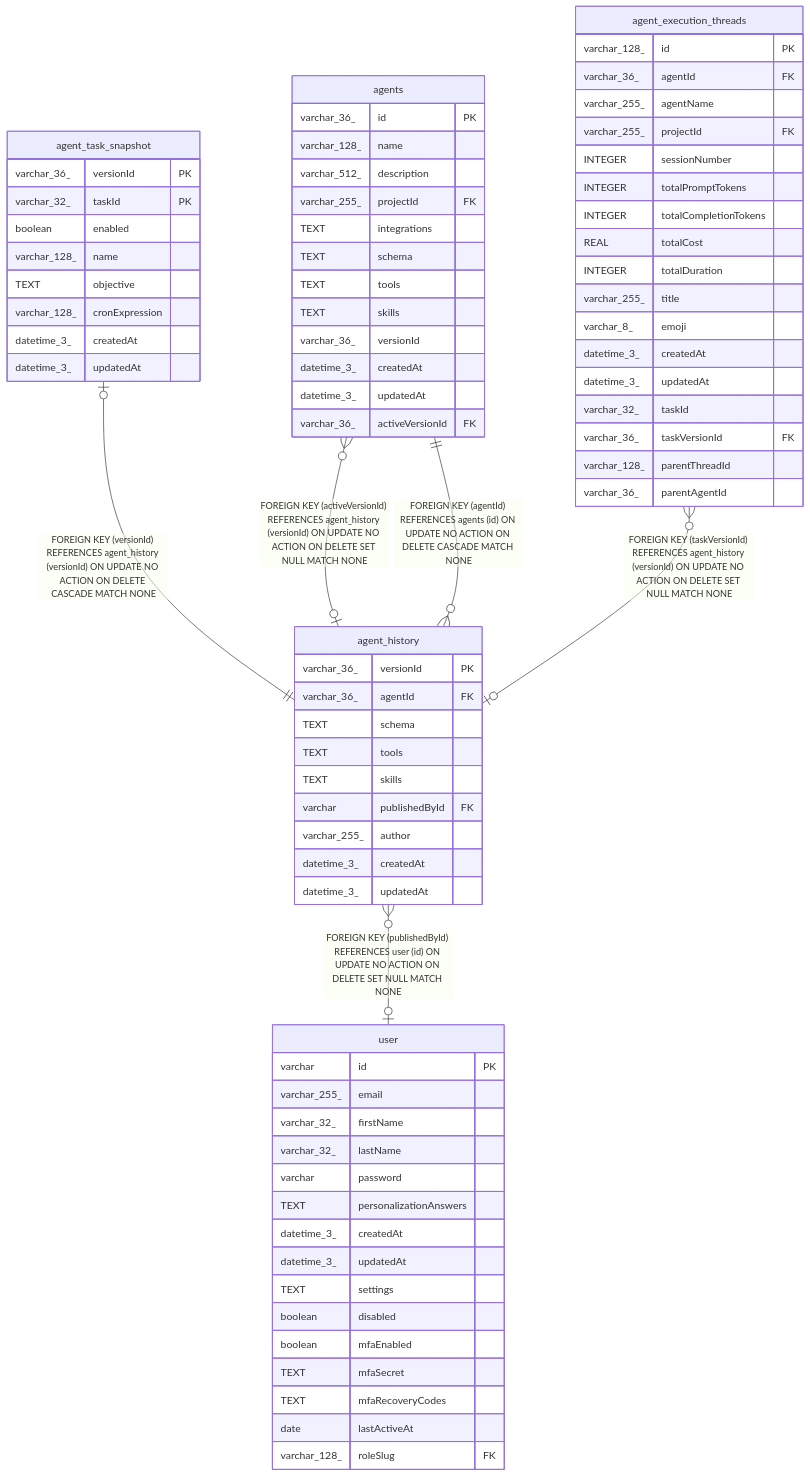
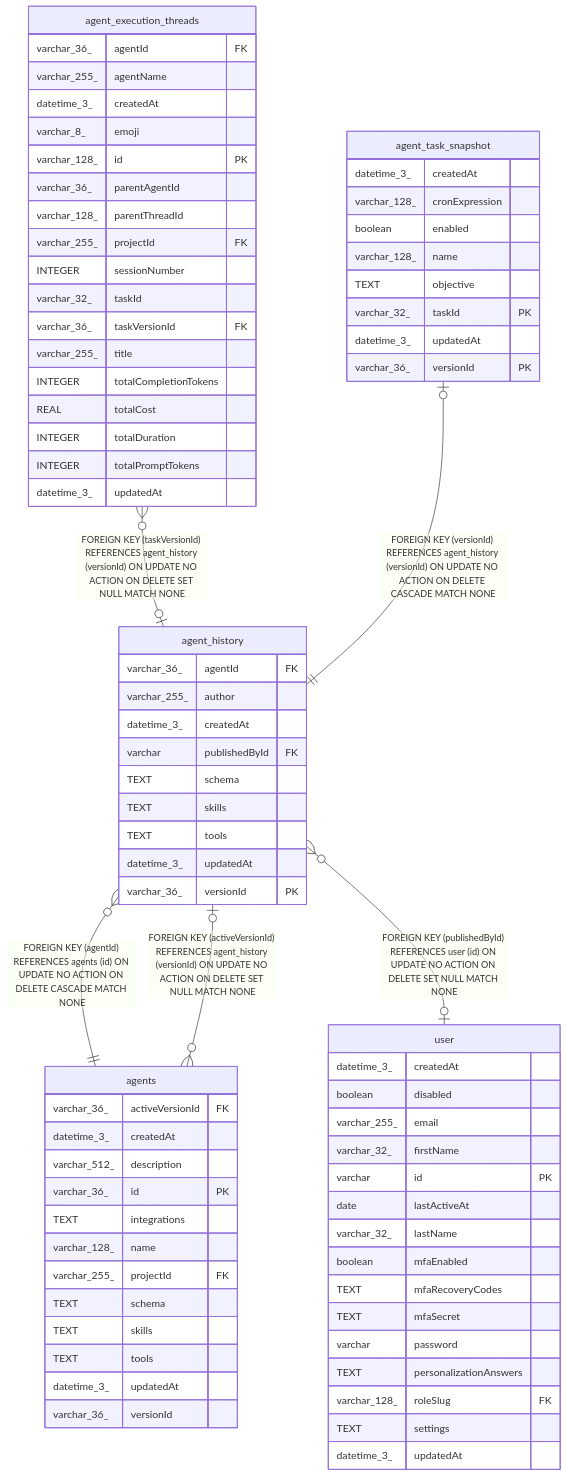
Before and after one commit to mayankjain1815-commits/n8n: the diagram in docs/generated/sqlite-schema/agent_history.md, drawn with Mermaid. The commit also changed other lines of this file and 221 other files, not shown here.

Commit message:
chore(core): Make DB schema docs generation deterministic (#32373)

````diff
--- a/docs/generated/sqlite-schema/agent_history.md
+++ b/docs/generated/sqlite-schema/agent_history.md
@@ -46,81 +46,81 @@
 ```mermaid
 erDiagram
 
-"agents" }o--o| "agent_history" : "FOREIGN KEY (activeVersionId) REFERENCES agent_history (versionId) ON UPDATE NO ACTION ON DELETE SET NULL MATCH NONE"
-"agent_task_snapshot" |o--|| "agent_history" : "FOREIGN KEY (versionId) REFERENCES agent_history (versionId) ON UPDATE NO ACTION ON DELETE CASCADE MATCH NONE"
-"agent_execution_threads" }o--o| "agent_history" : "FOREIGN KEY (taskVersionId) REFERENCES agent_history (versionId) ON UPDATE NO ACTION ON DELETE SET NULL MATCH NONE"
 "agent_history" }o--|| "agents" : "FOREIGN KEY (agentId) REFERENCES agents (id) ON UPDATE NO ACTION ON DELETE CASCADE MATCH NONE"
 "agent_history" }o--o| "user" : "FOREIGN KEY (publishedById) REFERENCES user (id) ON UPDATE NO ACTION ON DELETE SET NULL MATCH NONE"
+"agent_execution_threads" }o--o| "agent_history" : "FOREIGN KEY (taskVersionId) REFERENCES agent_history (versionId) ON UPDATE NO ACTION ON DELETE SET NULL MATCH NONE"
+"agent_task_snapshot" |o--|| "agent_history" : "FOREIGN KEY (versionId) REFERENCES agent_history (versionId) ON UPDATE NO ACTION ON DELETE CASCADE MATCH NONE"
+"agents" }o--o| "agent_history" : "FOREIGN KEY (activeVersionId) REFERENCES agent_history (versionId) ON UPDATE NO ACTION ON DELETE SET NULL MATCH NONE"
 
 "agent_history" {
-  varchar_36_ versionId PK
   varchar_36_ agentId FK
-  TEXT schema
-  TEXT tools
-  TEXT skills
-  varchar publishedById FK
   varchar_255_ author
   datetime_3_ createdAt
+  varchar publishedById FK
+  TEXT schema
+  TEXT skills
+  TEXT tools
+  datetime_3_ updatedAt
+  varchar_36_ versionId PK
+}
+"agents" {
+  varchar_36_ activeVersionId FK
+  datetime_3_ createdAt
+  varchar_512_ description
+  varchar_36_ id PK
+  TEXT integrations
+  varchar_128_ name
+  varchar_255_ projectId FK
+  TEXT schema
+  TEXT skills
+  TEXT tools
+  datetime_3_ updatedAt
+  varchar_36_ versionId
+}
+"user" {
+  datetime_3_ createdAt
+  boolean disabled
+  varchar_255_ email
+  varchar_32_ firstName
+  varchar id PK
+  date lastActiveAt
+  varchar_32_ lastName
+  boolean mfaEnabled
+  TEXT mfaRecoveryCodes
+  TEXT mfaSecret
+  varchar password
+  TEXT personalizationAnswers
+  varchar_128_ roleSlug FK
+  TEXT settings
   datetime_3_ updatedAt
 }
-"agents" {
-  varchar_36_ id PK
-  varchar_128_ name
-  varchar_512_ description
+"agent_execution_threads" {
+  varchar_36_ agentId FK
+  varchar_255_ agentName
+  datetime_3_ createdAt
+  varchar_8_ emoji
+  varchar_128_ id PK
+  varchar_36_ parentAgentId
+  varchar_128_ parentThreadId
   varchar_255_ projectId FK
-  TEXT integrations
-  TEXT schema
-  TEXT tools
-  TEXT skills
-  varchar_36_ versionId
-  datetime_3_ createdAt
+  INTEGER sessionNumber
+  varchar_32_ taskId
+  varchar_36_ taskVersionId FK
+  varchar_255_ title
+  INTEGER totalCompletionTokens
+  REAL totalCost
+  INTEGER totalDuration
+  INTEGER totalPromptTokens
   datetime_3_ updatedAt
-  varchar_36_ activeVersionId FK
 }
 "agent_task_snapshot" {
-  varchar_36_ versionId PK
-  varchar_32_ taskId PK
+  datetime_3_ createdAt
+  varchar_128_ cronExpression
   boolean enabled
   varchar_128_ name
   TEXT objective
-  varchar_128_ cronExpression
-  datetime_3_ createdAt
+  varchar_32_ taskId PK
   datetime_3_ updatedAt
-}
-"agent_execution_threads" {
-  varchar_128_ id PK
-  varchar_36_ agentId FK
-  varchar_255_ agentName
-  varchar_255_ projectId FK
-  INTEGER sessionNumber
-  INTEGER totalPromptTokens
-  INTEGER totalCompletionTokens
-  REAL totalCost
-  INTEGER totalDuration
-  varchar_255_ title
-  varchar_8_ emoji
-  datetime_3_ createdAt
-  datetime_3_ updatedAt
-  varchar_32_ taskId
-  varchar_36_ taskVersionId FK
-  varchar_128_ parentThreadId
-  varchar_36_ parentAgentId
-}
-"user" {
-  varchar id PK
-  varchar_255_ email
-  varchar_32_ firstName
-  varchar_32_ lastName
-  varchar password
-  TEXT personalizationAnswers
-  datetime_3_ createdAt
-  datetime_3_ updatedAt
-  TEXT settings
-  boolean disabled
-  boolean mfaEnabled
-  TEXT mfaSecret
-  TEXT mfaRecoveryCodes
-  date lastActiveAt
-  varchar_128_ roleSlug FK
+  varchar_36_ versionId PK
 }
 ```
````
